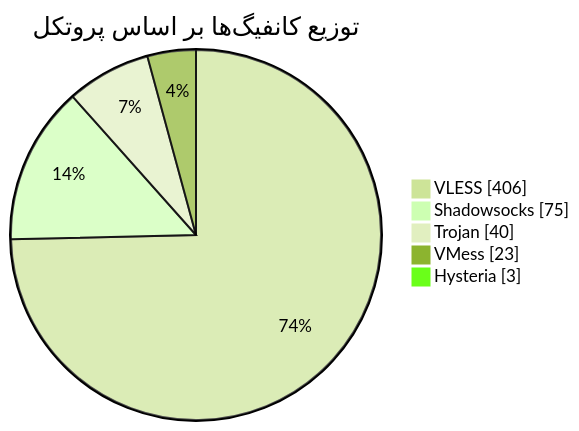
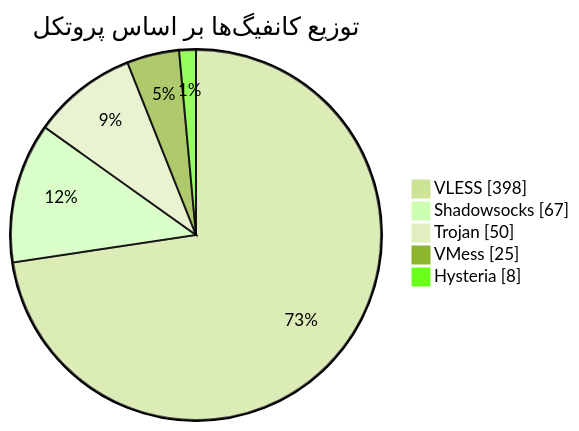
Before and after one commit to Arian-Alijani/Somthing: the diagram in README.md, drawn with Mermaid (forest theme). The commit also changed other lines of this file and 77 other files, not shown here.

````diff
--- a/README.md
+++ b/README.md
@@ -47,9 +47,9 @@
 ```mermaid
 pie showData
     title توزیع کانفیگ‌ها بر اساس پروتکل
-    "VLESS" : 406
-    "Shadowsocks" : 75
-    "Trojan" : 40
-    "VMess" : 23
-    "Hysteria" : 3
+    "VLESS" : 398
+    "Shadowsocks" : 67
+    "Trojan" : 50
+    "VMess" : 25
+    "Hysteria" : 8
 ```
````
